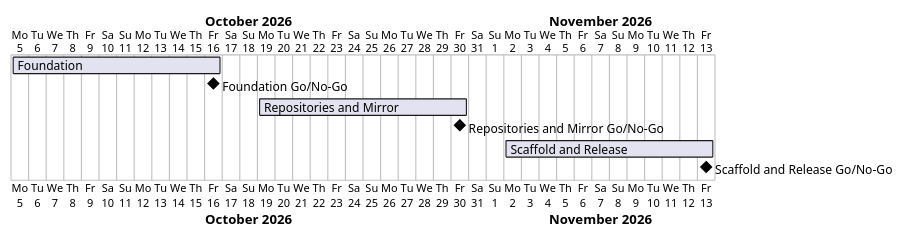
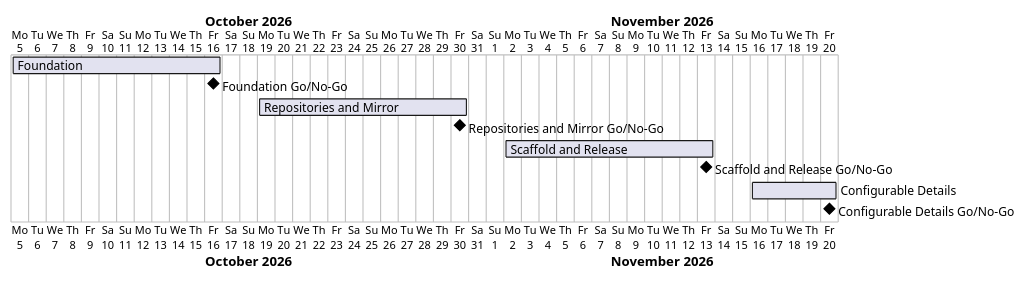
One commit to TirSystem-BashScript/RepoFoundry changed the diagram in docs/project-plan.md. Above: the diagram before and after it, drawn with PlantUML. The commit also changed other lines of this file and 12 other files, not shown here.

````diff
--- a/docs/project-plan.md
+++ b/docs/project-plan.md
@@ -36,11 +37,13 @@
 ```plantuml
 @startgantt
 Project starts 2026-10-05
 [Foundation] starts 2026-10-05 and ends 2026-10-16
 [Foundation Go/No-Go] happens 2026-10-16
 [Repositories and Mirror] starts 2026-10-19 and ends 2026-10-30
 [Repositories and Mirror Go/No-Go] happens 2026-10-30
 [Scaffold and Release] starts 2026-11-02 and ends 2026-11-13
 [Scaffold and Release Go/No-Go] happens 2026-11-13
+[Configurable Details] starts 2026-11-16 and ends 2026-11-20
+[Configurable Details Go/No-Go] happens 2026-11-20
 @endgantt
 ```
````
